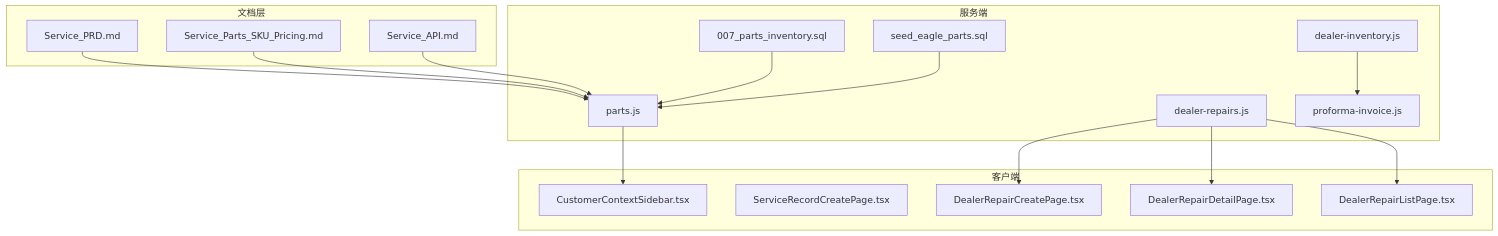
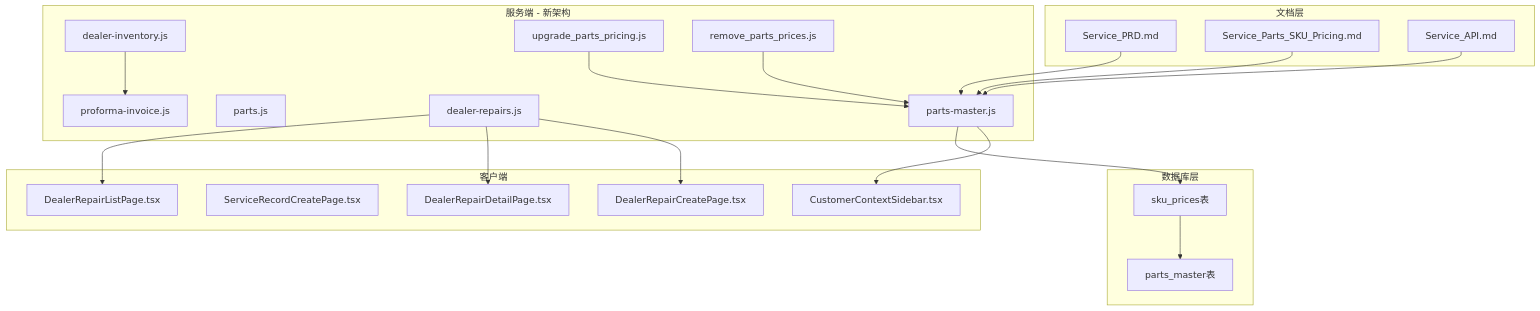
The first of 12 diagrams in .qoder/repowiki/zh/content/数据库设计/服务配件SKU定价.md (CubeEdge/Longhorn), drawn with Mermaid before and after one commit. The commit also changed other lines of this file and 53 other files, not shown here.

````diff
--- a/.qoder/repowiki/zh/content/数据库设计/服务配件SKU定价.md
+++ b/.qoder/repowiki/zh/content/数据库设计/服务配件SKU定价.md
@@ -49,33 +57,40 @@
 ```mermaid
 graph TB
 subgraph "文档层"
 PRD[Service_PRD.md]
 Pricing[Service_Parts_SKU_Pricing.md]
 API[Service_API.md]
 end
-subgraph "服务端"
-PartsRoute[parts.js]
+subgraph "服务端 - 新架构"
+PartsMaster[parts-master.js]
+Parts[parts.js]
 DealerRepairs[dealer-repairs.js]
 DealerInventory[dealer-inventory.js]
 ProformaInvoice[proforma-invoice.js]
-Migrations[007_parts_inventory.sql]
-Seeds[seed_eagle_parts.sql]
+Migrations[upgrade_parts_pricing.js]
+RemovePrices[remove_parts_prices.js]
+end
+subgraph "数据库层"
+PartsMasterDB[parts_master表]
+SKUPricesDB[sku_prices表]
 end
 subgraph "客户端"
 CustomerSidebar[CustomerContextSidebar.tsx]
 ServiceRecord[ServiceRecordCreatePage.tsx]
 DealerRepairCreate[DealerRepairCreatePage.tsx]
 DealerRepairDetail[DealerRepairDetailPage.tsx]
 DealerRepairList[DealerRepairListPage.tsx]
 end
-PRD --> PartsRoute
-Pricing --> PartsRoute
-API --> PartsRoute
-PartsRoute --> CustomerSidebar
+PRD --> PartsMaster
+Pricing --> PartsMaster
+API --> PartsMaster
+PartsMaster --> CustomerSidebar
+PartsMaster --> SKUPricesDB
+SKUPricesDB --> PartsMasterDB
+Migrations --> PartsMaster
+RemovePrices --> PartsMaster
 DealerRepairs --> DealerRepairCreate
 DealerRepairs --> DealerRepairDetail
 DealerRepairs --> DealerRepairList
 DealerInventory --> ProformaInvoice
-Migrations --> PartsRoute
-Seeds --> PartsRoute
 ```
````
